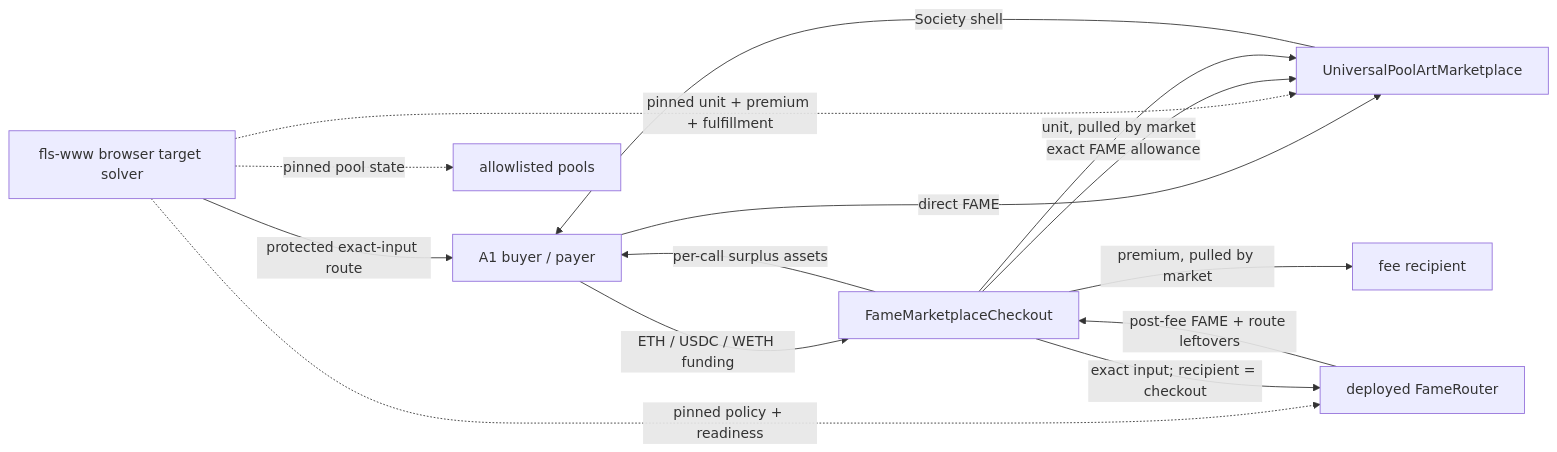
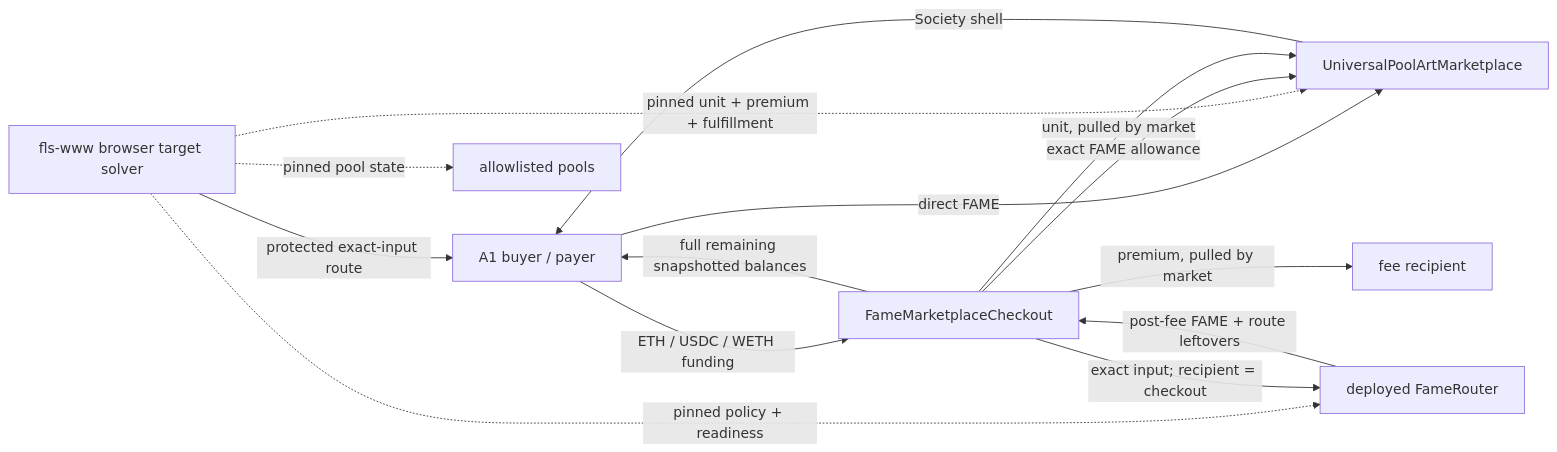
One commit to fame-lady-society/fame-contracts changed the first of 3 diagrams in docs/plans/2026-07-28-001-feat-atomic-marketplace-checkout-plan.md. Above: the diagram before and after it, drawn with Mermaid. The commit also changed other lines of this file and 21 other files, not shown here.

````diff
--- a/docs/plans/2026-07-28-001-feat-atomic-marketplace-checkout-plan.md
+++ b/docs/plans/2026-07-28-001-feat-atomic-marketplace-checkout-plan.md
@@ -266,16 +263,16 @@
 ```mermaid
 flowchart LR
     Buyer["A1 buyer / payer"] -->|direct FAME| Market["UniversalPoolArtMarketplace"]
     Buyer -->|ETH / USDC / WETH funding| Checkout["FameMarketplaceCheckout"]
     WWW["fls-www browser target solver"] -->|protected exact-input route| Buyer
     WWW -.->|pinned unit + premium + fulfillment| Market
     WWW -.->|pinned policy + readiness| Router["deployed FameRouter"]
     WWW -.->|pinned pool state| Pools["allowlisted pools"]
     Checkout -->|exact input; recipient = checkout| Router
     Router -->|post-fee FAME + route leftovers| Checkout
     Checkout -->|exact FAME allowance| Market
     Checkout -->|unit, pulled by market| Market
     Checkout -->|premium, pulled by market| FeeRecipient["fee recipient"]
     Market -->|Society shell| Buyer
-    Checkout -->|per-call surplus assets| Buyer
+    Checkout -->|full remaining snapshotted balances| Buyer
 ```
````
